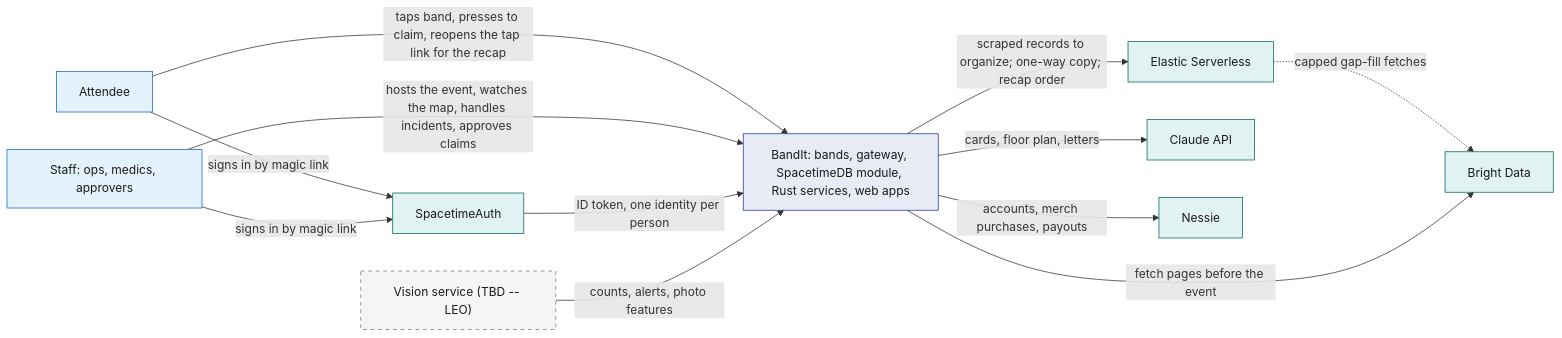
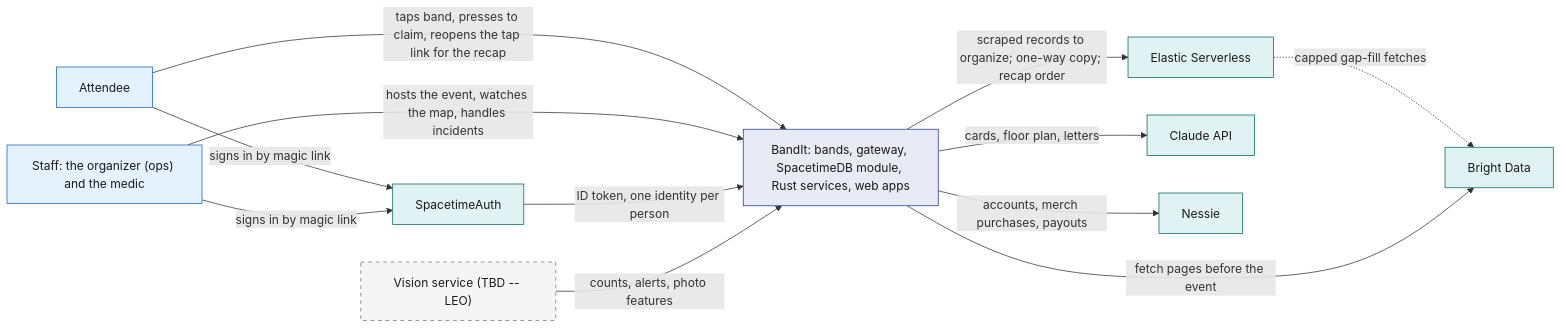
One commit to viktorinkov/cal-hacks-13 changed the first of 5 diagrams in System Design/1-overview/Architecture.md. Above: the diagram before and after it, drawn with Mermaid. The commit also changed other lines of this file and 20 other files, not shown here.

````diff
--- a/System Design/1-overview/Architecture.md
+++ b/System Design/1-overview/Architecture.md
@@ -57,33 +57,33 @@
 ```mermaid
 flowchart LR
   Attendee["Attendee"]
-  Staff["Staff: ops, medics, approvers"]
+  Staff["Staff: the organizer (ops) and the medic"]
   BandIt["BandIt: bands, gateway, SpacetimeDB module, Rust services, web apps"]
   Auth["SpacetimeAuth"]
   Elastic["Elastic Serverless"]
   Claude["Claude API"]
   Nessie["Nessie"]
   Bright["Bright Data"]
   Vision["Vision service (TBD -- LEO)"]
 
   Attendee -->|"taps band, presses to claim, reopens the tap link for the recap"| BandIt
-  Staff -->|"hosts the event, watches the map, handles incidents, approves claims"| BandIt
+  Staff -->|"hosts the event, watches the map, handles incidents"| BandIt
   Attendee -->|"signs in by magic link"| Auth
   Staff -->|"signs in by magic link"| Auth
   Auth -->|"ID token, one identity per person"| BandIt
   BandIt -->|"scraped records to organize; one-way copy; recap order"| Elastic
   Elastic -.->|"capped gap-fill fetches"| Bright
   BandIt -->|"cards, floor plan, letters"| Claude
   BandIt -->|"accounts, merch purchases, payouts"| Nessie
   BandIt -->|"fetch pages before the event"| Bright
   Vision -->|"counts, alerts, photo features"| BandIt
 
   classDef web fill:#E3F2FD,stroke:#1565C0,color:#1A1A1A
   classDef stdb fill:#E8EAF6,stroke:#283593,color:#1A1A1A
   classDef ext fill:#E0F2F1,stroke:#00695C,color:#1A1A1A
   classDef tbd fill:#F5F5F5,stroke:#757575,color:#1A1A1A,stroke-dasharray:5 5
   class Attendee,Staff web
   class BandIt stdb
   class Auth,Elastic,Claude,Nessie,Bright ext
   class Vision tbd
 ```
````
